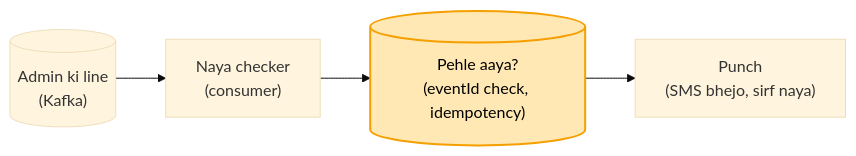
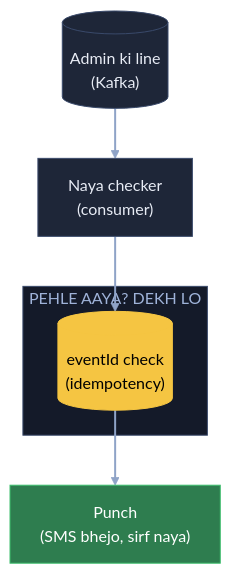
One commit to ArpanMaheshwari144/Prep changed the sixth of 10 diagrams in 04_HLD/SYSTEM_DESIGNS/12_message_queue_kafka/12_message_queue_kafka.md. Above: the diagram before and after it, drawn with Mermaid (base theme). The commit also changed other lines of this file, not shown here.

Commit message:
Kafka: 10 diagram YouTube (reel) wale card andaaz me

````diff
--- a/04_HLD/SYSTEM_DESIGNS/12_message_queue_kafka/12_message_queue_kafka.md
+++ b/04_HLD/SYSTEM_DESIGNS/12_message_queue_kafka/12_message_queue_kafka.md
@@ -145,7 +195,18 @@
 ```mermaid
-flowchart LR
-    K[("Admin ki line<br/>(Kafka)")] --> N["Naya checker<br/>(consumer)"]
-    N --> I[("Pehle aaya?<br/>(eventId check, idempotency)")]
-    I --> S["Punch<br/>(SMS bhejo, sirf naya)"]
-    style I fill:#ffe8b3,stroke:#f59f00,stroke-width:2px,color:#000
+flowchart TB
+    K[("Admin ki line<br/>(Kafka)")]:::card
+    N["Naya checker<br/>(consumer)"]:::card
+    subgraph PA["PEHLE AAYA? DEKH LO"]
+        I[("eventId check<br/>(idempotency)")]:::pill
+    end
+    S["Punch<br/>(SMS bhejo, sirf naya)"]:::good
+    K --> N
+    N --> I
+    I --> S
+    linkStyle default stroke:#8fa3c7,stroke-width:2px
+    classDef card fill:#1e2638,stroke:#3a4a6b,color:#e8ecf5
+    classDef pill fill:#f5c542,stroke:#f5c542,color:#000
+    classDef good fill:#2e7d4f,stroke:#3fbf6f,color:#fff
+    classDef bad fill:#5c1f24,stroke:#e05561,color:#fff
+    style PA fill:#141a29,stroke:#3a4a6b,color:#9fb3d9
 ```
````
